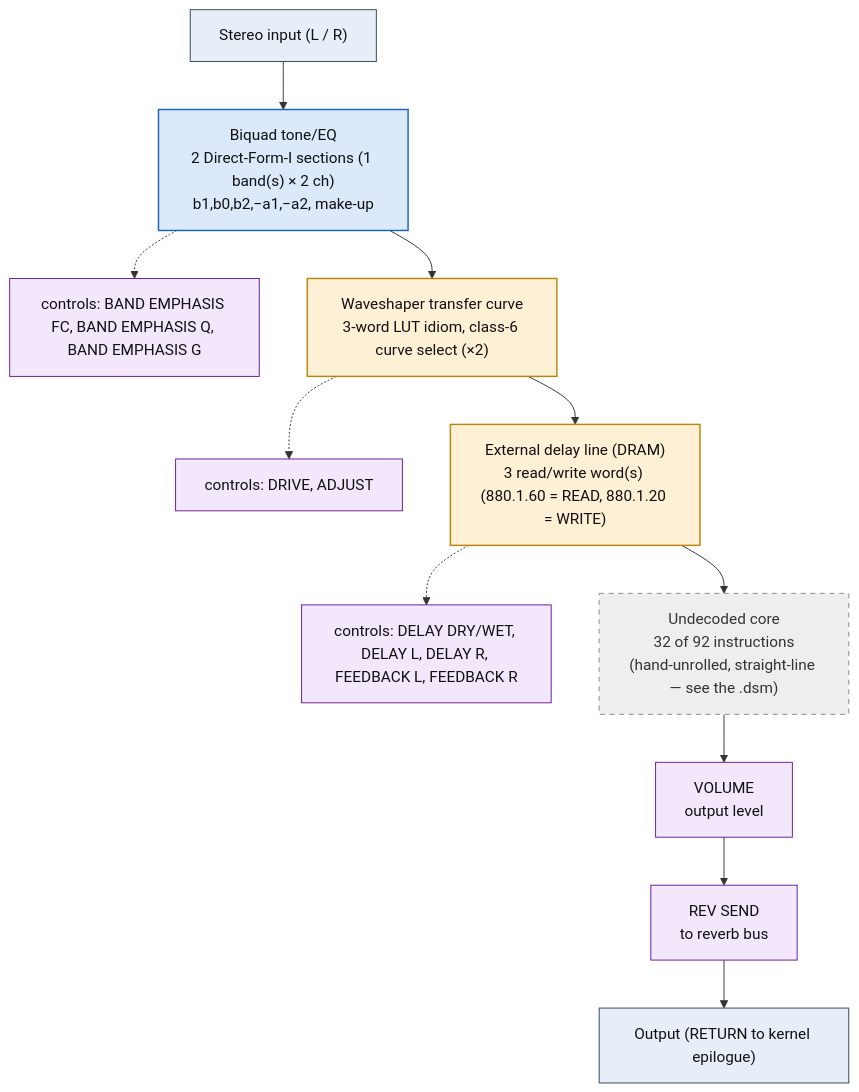
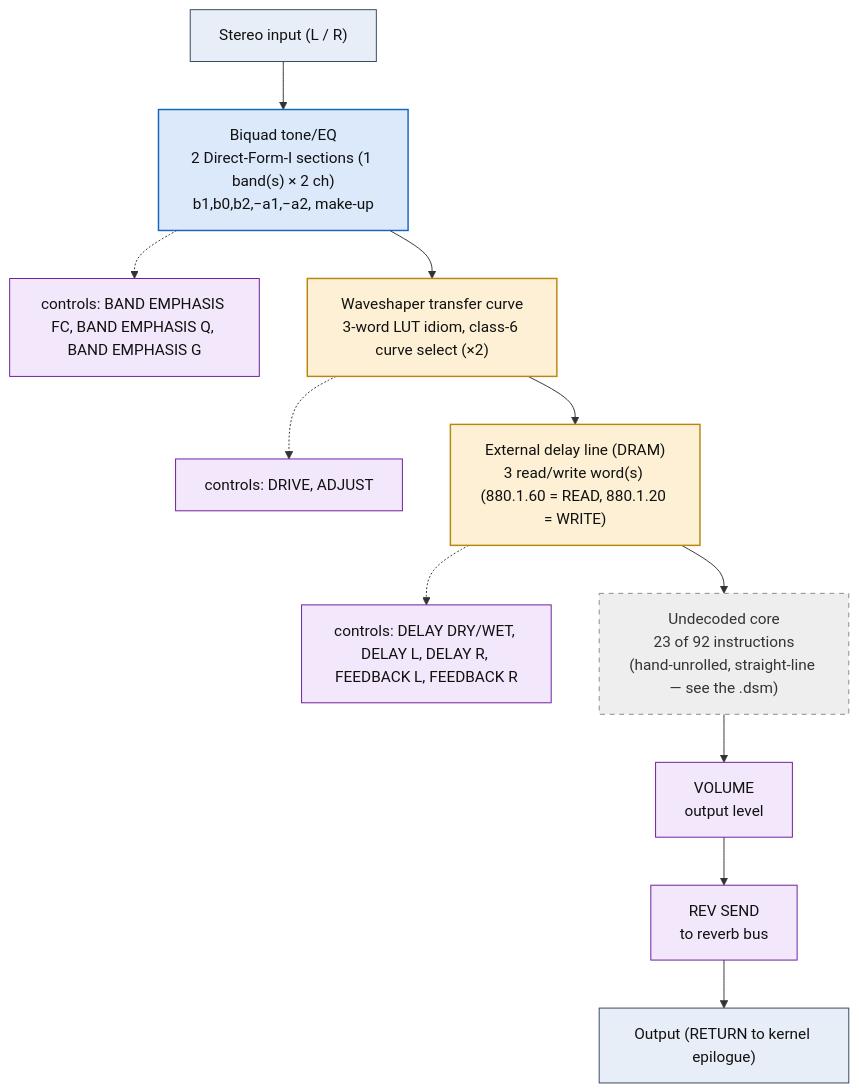
Before and after one commit to ArqueologiaDigital/kn5000-roms-disasm: the diagram in dsp/flowcharts/prog98_peq_dist_delay.md, drawn with Mermaid. The commit also changed other lines of this file and 78 other files, not shown here.

````diff
--- a/dsp/flowcharts/prog98_peq_dist_delay.md
+++ b/dsp/flowcharts/prog98_peq_dist_delay.md
@@ -12,36 +12,36 @@
 ```mermaid
 flowchart TD
     N0["Stereo input (L / R)"]
     N1["Biquad tone/EQ<br/>2 Direct-Form-I sections (1 band(s) &times; 2 ch)<br/>b1,b0,b2,&minus;a1,&minus;a2, make-up"]
     N0 --> N1
     N2["controls: BAND EMPHASIS FC, BAND EMPHASIS Q, BAND EMPHASIS G"]
     N1 -.-> N2
     N3["Waveshaper transfer curve<br/>3-word LUT idiom, class-6 curve select (&times;2)"]
     N1 --> N3
     N4["controls: DRIVE, ADJUST"]
     N3 -.-> N4
     N5["External delay line (DRAM)<br/>3 read/write word(s) (880.1.60 = READ, 880.1.20 = WRITE)"]
     N3 --> N5
     N6["controls: DELAY DRY/WET, DELAY L, DELAY R, FEEDBACK L, FEEDBACK R"]
     N5 -.-> N6
-    N7["Undecoded core<br/>32 of 92 instructions<br/>(hand-unrolled, straight-line &mdash; see the .dsm)"]
+    N7["Undecoded core<br/>23 of 92 instructions<br/>(hand-unrolled, straight-line &mdash; see the .dsm)"]
     N5 --> N7
     N8["VOLUME<br/>output level"]
     N7 --> N8
     N9["REV SEND<br/>to reverb bus"]
     N8 --> N9
     N10["Output (RETURN to kernel epilogue)"]
     N9 --> N10
 
     classDef io fill:#e8eef7,stroke:#33475b,stroke-width:1px,color:#111;
     classDef proven fill:#d7f0d7,stroke:#2e7d32,stroke-width:2px,color:#111;
     classDef measured fill:#dbe9fb,stroke:#1565c0,stroke-width:1.5px,color:#111;
     classDef inferred fill:#fdf0d5,stroke:#b8860b,stroke-width:1.5px,color:#111;
     classDef open fill:#eeeeee,stroke:#888,stroke-width:1px,color:#333,stroke-dasharray:5 5;
     classDef ctrl fill:#f3e8fb,stroke:#6a1b9a,stroke-width:1px,color:#111;
     class N0,N10 io;
     class N1 measured;
     class N2,N4,N6,N8,N9 ctrl;
     class N3,N5 inferred;
     class N7 open;
 ```
````
